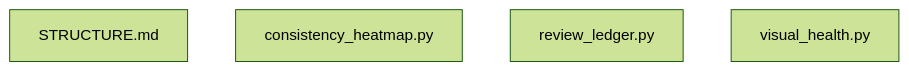
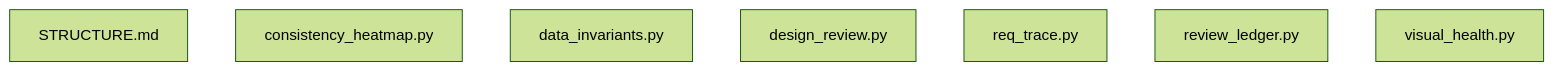
One commit to andyluss/LiveRefu changed the diagram in lab/formal-system/concerns/visual-fallback/tools/STRUCTURE.md. Above: the diagram before and after it, drawn with Mermaid (forest theme). The commit also changed other lines of this file and 9 other files, not shown here.

````diff
--- a/lab/formal-system/concerns/visual-fallback/tools/STRUCTURE.md
+++ b/lab/formal-system/concerns/visual-fallback/tools/STRUCTURE.md
@@ -28,7 +34,10 @@
 ```mermaid
 graph TD
     N0[STRUCTURE.md]
     N1[consistency_heatmap.py]
-    N2[review_ledger.py]
-    N3[visual_health.py]
+    N2[data_invariants.py]
+    N3[design_review.py]
+    N4[req_trace.py]
+    N5[review_ledger.py]
+    N6[visual_health.py]
 ```
````
